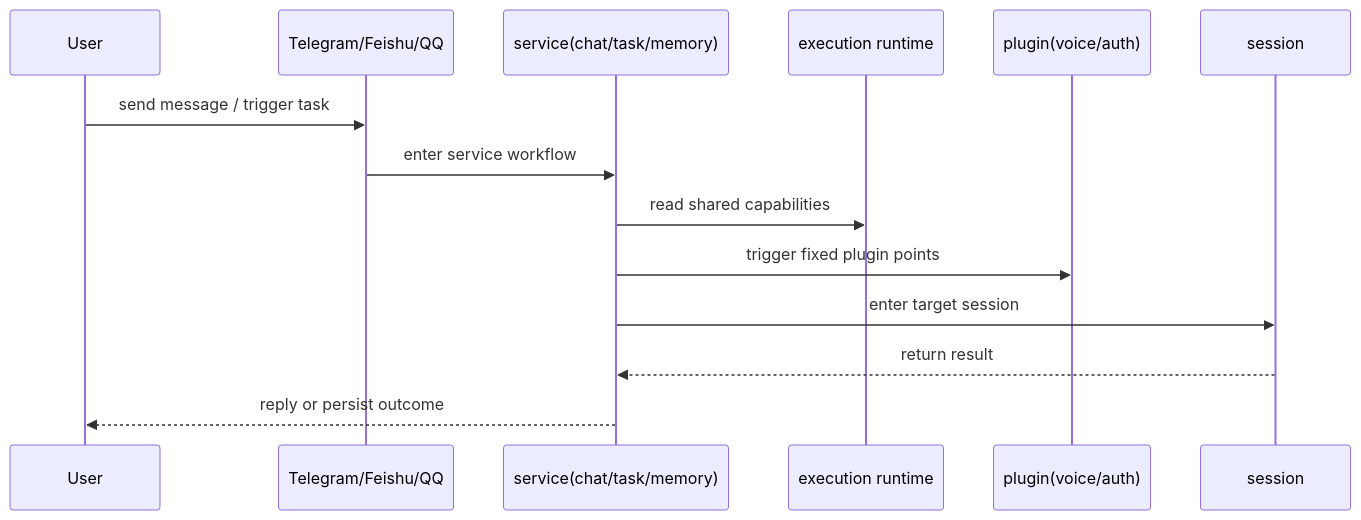
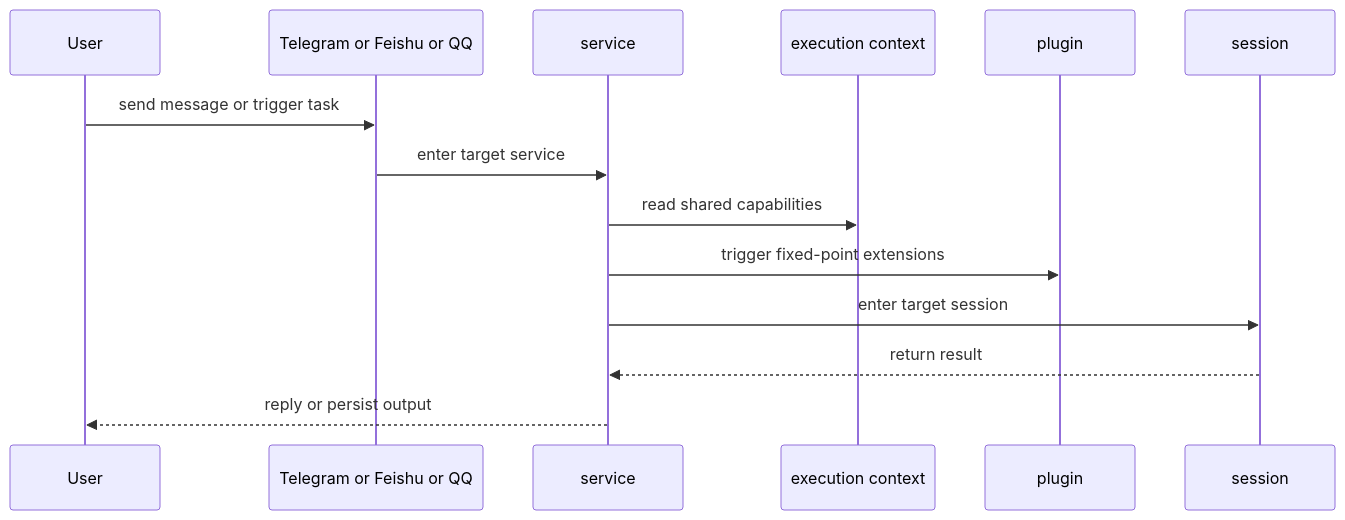
Before and after one commit to wangenius/downcity: the second of 2 diagrams in homepage/content/docs/en/concepts/logic-map.mdx, drawn with Mermaid. The commit also changed other lines of this file and 96 other files, not shown here.

````diff
--- a/homepage/content/docs/en/concepts/logic-map.mdx
+++ b/homepage/content/docs/en/concepts/logic-map.mdx
@@ -46,17 +46,17 @@
 ```mermaid
 sequenceDiagram
   participant User as User
-  participant Channel as Telegram/Feishu/QQ
-  participant Service as service(chat/task/memory)
-  participant Runtime as execution runtime
-  participant Plugin as plugin(voice/auth)
+  participant Channel as Telegram or Feishu or QQ
+  participant Service as service
+  participant Context as execution context
+  participant Plugin as plugin
   participant Session as session
 
-  User->>Channel: send message / trigger task
-  Channel->>Service: enter service workflow
-  Service->>Runtime: read shared capabilities
-  Service->>Plugin: trigger fixed plugin points
+  User->>Channel: send message or trigger task
+  Channel->>Service: enter target service
+  Service->>Context: read shared capabilities
+  Service->>Plugin: trigger fixed-point extensions
   Service->>Session: enter target session
   Session-->>Service: return result
-  Service-->>User: reply or persist outcome
+  Service-->>User: reply or persist output
 ```
````
